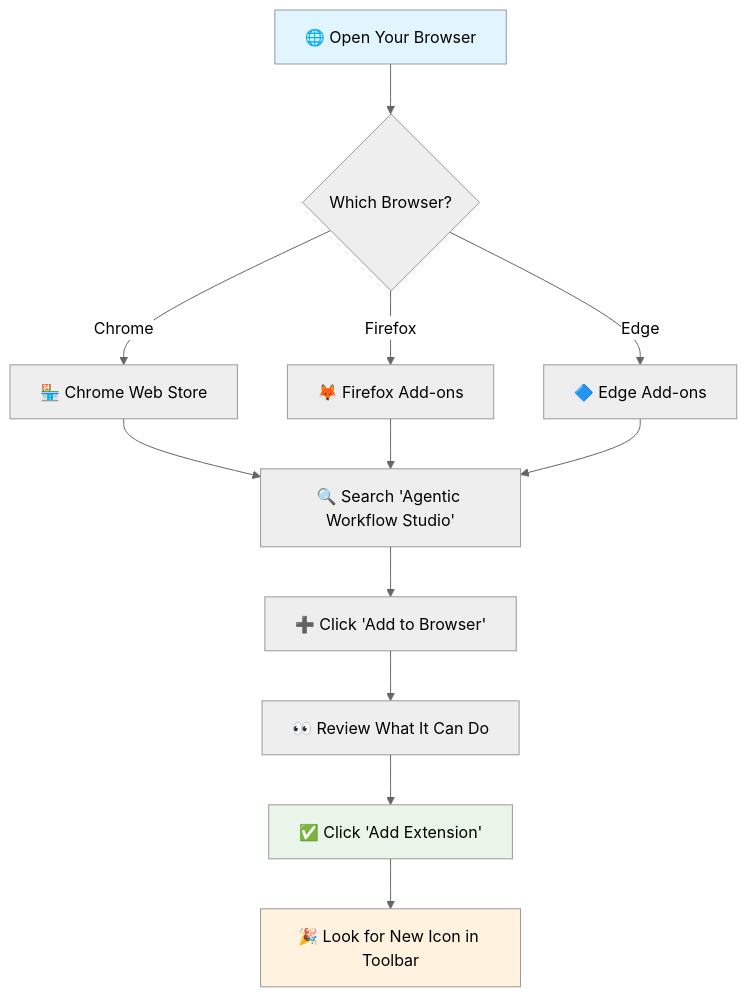
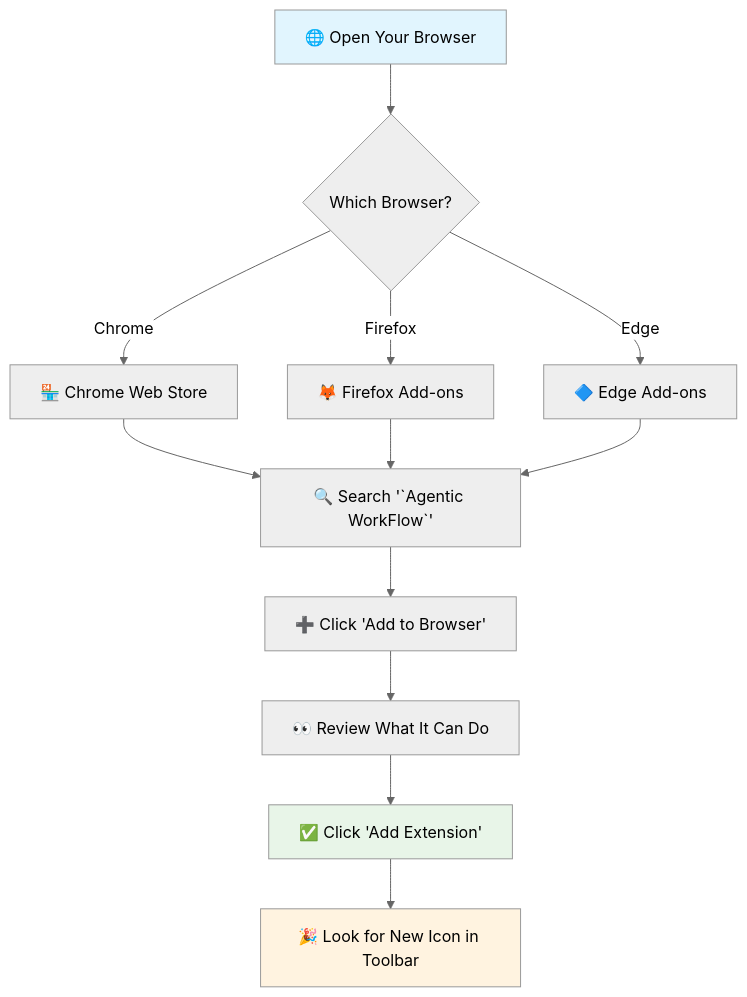
The diagram in src/content/docs/learning/text-courses/beginner/installation-setup.md (agentic-com/Agentic-Flow-Doc), drawn with Mermaid (neutral theme) before and after one commit. The commit also changed other lines of this file and 182 other files, not shown here.

````diff
--- a/src/content/docs/learning/text-courses/beginner/installation-setup.md
+++ b/src/content/docs/learning/text-courses/beginner/installation-setup.md
@@ -24,20 +24,20 @@
 ```mermaid
 flowchart TD
     A[🌐 Open Your Browser] --> B{Which Browser?}
     B -->|Chrome| C[🏪 Chrome Web Store]
     B -->|Firefox| D[🦊 Firefox Add-ons]
     B -->|Edge| E[🔷 Edge Add-ons]
 
-    C --> F[🔍 Search 'Agentic Workflow Studio']
+    C --> F[🔍 Search '`Agentic WorkFlow`']
     D --> F
     E --> F
 
     F --> G[➕ Click 'Add to Browser']
     G --> H[👀 Review What It Can Do]
     H --> I[✅ Click 'Add Extension']
     I --> J[🎉 Look for New Icon in Toolbar]
 
     style A fill:#e1f5fe
     style I fill:#e8f5e8
     style J fill:#fff3e0
 ```
````
